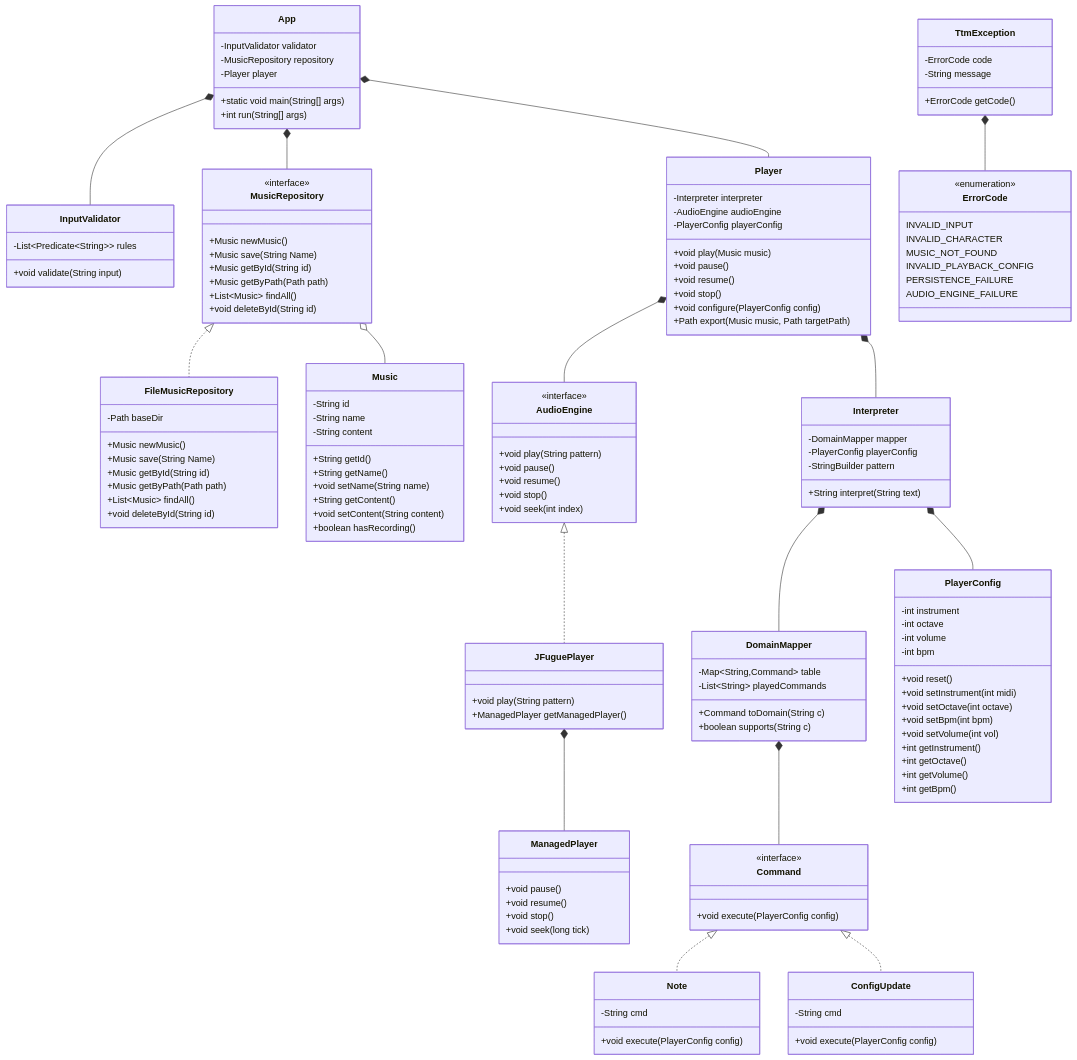
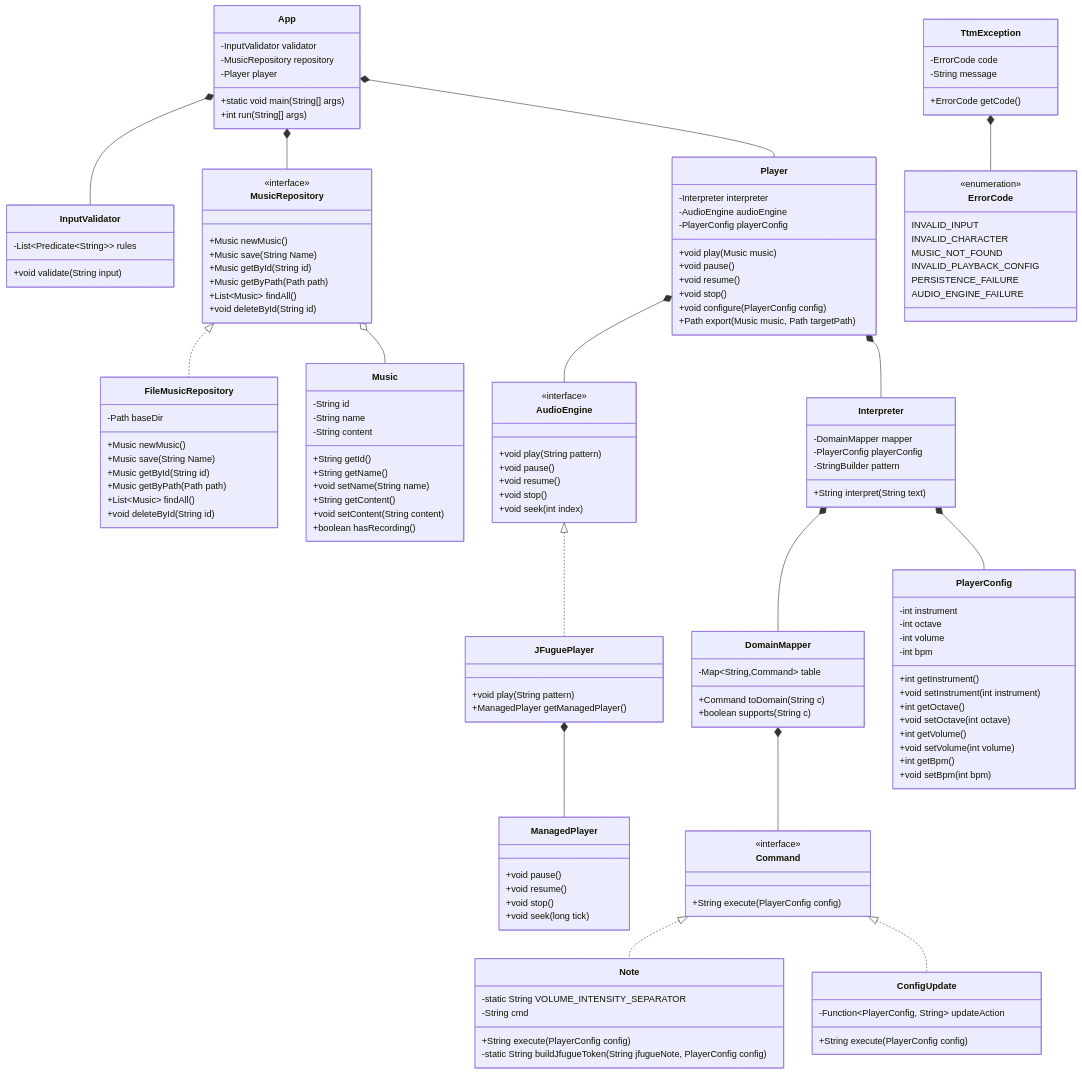
Before and after one commit to ExtremeNoHorse/inf01120-dev-sw: the diagram in design/diagram.mmd, drawn with Mermaid. The commit also changed 11 other files, not shown here.

First line of the commit message:
feat: Implementation of DomainMapper,PlayerConfig and Commands (#4)

```diff
--- a/design/diagram.mmd
+++ b/design/diagram.mmd
@@ -1,179 +1,176 @@
 ---
 config:
   theme: default
 ---
 %% TTM - Diagrama refatorado (Fase 1)
 %%
 %% Mudancas vs original (motivadas pelos resumos R01/R02/R03/Cap5-OOSC):
 %%   1. Menu vira App (unica classe UI/composition root; CLI hoje, GUI depois).
 %%   2. Interpreter dividido: Interpreter (char->pattern) + Player (executa).
 %%   3. AudioEngine interface esconde JFugue (info hiding R02) e expoe exportMidi.
 %%   4. MusicRepository vira interface; FileMusicRepository usa java.nio direto.
 %%   5. Command.execute(PlayerConfig) - sem acoplamento reverso.
 %%   6. TtmException + ErrorCode substituem varios exception types.
 %%   7. PlaybackListener = Consumer<Integer> do JDK (sem interface propria).
 %%   8. PlaybackParameters vira constantes em PlayerConfig.
 %%   9. Terminologia: Music (mockup) substitui Session.
 
 classDiagram
     App *-- InputValidator
     App *-- MusicRepository
     App *-- Player
 
     MusicRepository <|.. FileMusicRepository
     MusicRepository o-- Music
 
     Player *-- Interpreter
     Player *-- AudioEngine
     JFuguePlayer *-- ManagedPlayer
     AudioEngine <|.. JFuguePlayer
 
     Interpreter *-- DomainMapper
     Interpreter *-- PlayerConfig
 
     DomainMapper *-- Command
     Command <|.. Note
     Command <|.. ConfigUpdate
 
     TtmException *-- ErrorCode
 
     class App {
         -InputValidator validator
         -MusicRepository repository
         -Player player
         +static void main(String[] args)
         +int run(String[] args)
     }
 
     class InputValidator {
         -List~Predicate~String~~ rules
         +void validate(String input)
     }
 
     class MusicRepository {
         <<interface>>
         +Music newMusic()
         +Music save(String Name)
         +Music getById(String id)
         +Music getByPath(Path path)
         +List~Music~ findAll()
         +void deleteById(String id)
     }
 
     class FileMusicRepository {
         -Path baseDir
         +Music newMusic()
         +Music save(String Name)
         +Music getById(String id)
         +Music getByPath(Path path)
         +List~Music~ findAll()
         +void deleteById(String id)
     }
 
     class Music {
         -String id
         -String name
         -String content
         +String getId()
         +String getName()
         +void setName(String name)
         +String getContent()
         +void setContent(String content)
         +boolean hasRecording()
     }
 
     class Player {
         -Interpreter interpreter
         -AudioEngine audioEngine
         -PlayerConfig playerConfig
-        %% Caso o Pimenta comente sobre eventos
-        %% -Consumer~Integer~ onCharPlayed
         +void play(Music music)
         +void pause()
         +void resume()
         +void stop()
         +void configure(PlayerConfig config)
         +Path export(Music music, Path targetPath)
-        %% +void onCharPlayed(Consumer~Integer~ listener)
     }
 
     class Interpreter {
         -DomainMapper mapper
         -PlayerConfig playerConfig
         -StringBuilder pattern
         +String interpret(String text)
     }
 
     class DomainMapper {
         -Map~String,Command~ table
-        -List~String~ playedCommands
         +Command toDomain(String c)
         +boolean supports(String c)
     }
 
     class Command {
         <<interface>>
-        +void execute(PlayerConfig config)
+        +String execute(PlayerConfig config)
     }
 
     class Note {
+        -static String VOLUME_INTENSITY_SEPARATOR
         -String cmd
-        +void execute(PlayerConfig config)
+        +String execute(PlayerConfig config)
+        -static String buildJfugueToken(String jfugueNote, PlayerConfig config)
     }
 
     class ConfigUpdate {
-        -String cmd
-        +void execute(PlayerConfig config)
+        -Function~PlayerConfig, String~ updateAction
+        +String execute(PlayerConfig config)
     }
 
     class PlayerConfig {
         -int instrument
         -int octave
         -int volume
         -int bpm
-        +void reset()
-        +void setInstrument(int midi)
+        +int getInstrument()
+        +void setInstrument(int instrument)
+        +int getOctave()
         +void setOctave(int octave)
+        +int getVolume()
+        +void setVolume(int volume)
+        +int getBpm()
         +void setBpm(int bpm)
-        +void setVolume(int vol)
-        +int getInstrument()
-        +int getOctave()
-        +int getVolume()
-        +int getBpm()
     }
     class AudioEngine {
         <<interface>>
         +void play(String pattern)
         +void pause()
         +void resume()
         +void stop()
         +void seek(int index)
     }
 
     class JFuguePlayer {
         +void play(String pattern)
         +ManagedPlayer getManagedPlayer()
     }
 
     class ManagedPlayer {
         +void pause()
         +void resume()
         +void stop()
         +void seek(long tick)
     }
 
     class TtmException {
         -ErrorCode code
         -String message
         +ErrorCode getCode()
     }
 
     class ErrorCode {
         <<enumeration>>
         INVALID_INPUT
         INVALID_CHARACTER
         MUSIC_NOT_FOUND
         INVALID_PLAYBACK_CONFIG
         PERSISTENCE_FAILURE
         AUDIO_ENGINE_FAILURE
     }
```
